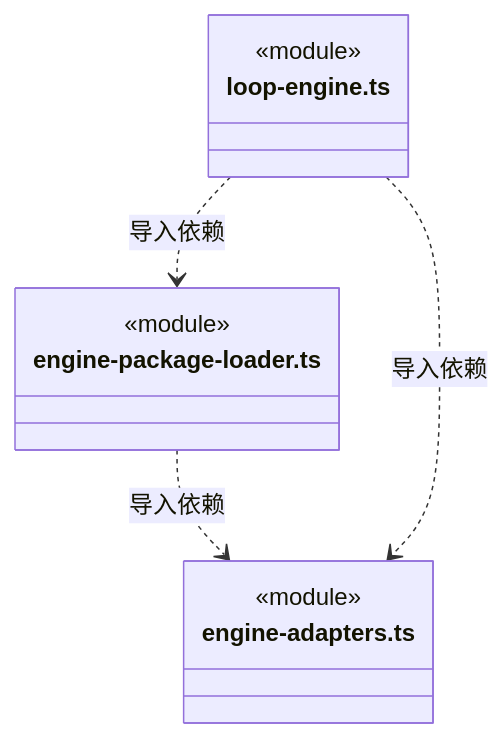
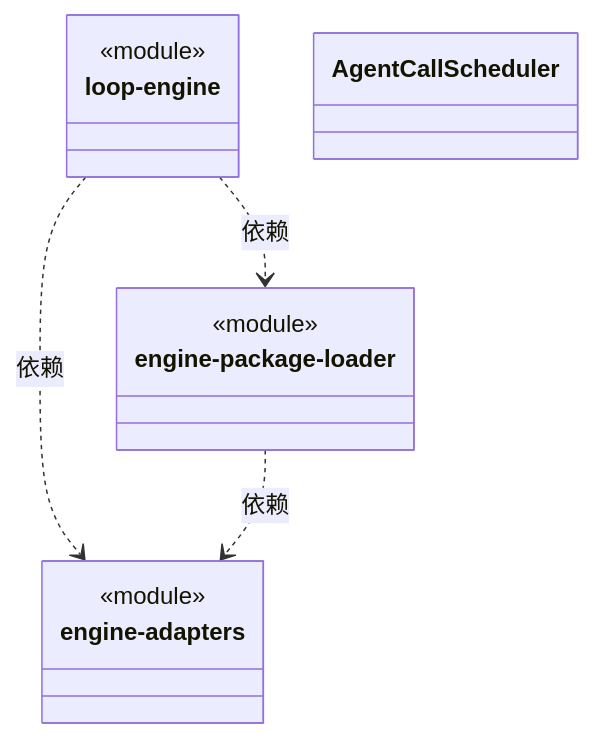
The diagram in src/logic/execution/assembly/ARCHITECTURE.md (nan023062/cbim), drawn with Mermaid before and after one commit. The commit also changed other lines of this file and 158 other files, not shown here.

Commit message:
docs: model architecture through nested virtual encapsulations

````diff
--- a/src/logic/execution/assembly/ARCHITECTURE.md
+++ b/src/logic/execution/assembly/ARCHITECTURE.md
@@ -349,15 +22,20 @@
 ```mermaid
 classDiagram
-class N_src_logic_execution_assembly_engine_package_loader_ts["engine-package-loader.ts"] {
+class N_4d977a120960["engine-adapters"] {
   <<module>>
 }
-class N_src_logic_execution_assembly_engine_adapters_ts["engine-adapters.ts"] {
+click N_4d977a120960 href "engine-adapters.ts"
+class N_f02cc0daa5c9["loop-engine"] {
   <<module>>
 }
-class N_src_logic_execution_assembly_loop_engine_ts["loop-engine.ts"] {
+click N_f02cc0daa5c9 href "loop-engine.ts"
+class N_722ebd7665c8["engine-package-loader"] {
   <<module>>
 }
-N_src_logic_execution_assembly_engine_package_loader_ts ..> N_src_logic_execution_assembly_engine_adapters_ts : 导入依赖
-N_src_logic_execution_assembly_loop_engine_ts ..> N_src_logic_execution_assembly_engine_adapters_ts : 导入依赖
-N_src_logic_execution_assembly_loop_engine_ts ..> N_src_logic_execution_assembly_engine_package_loader_ts : 导入依赖
+click N_722ebd7665c8 href "engine-package-loader.ts"
+class N_4ef4a90a9387["AgentCallScheduler"]
+click N_4ef4a90a9387 href "agent-call-scheduler.ts"
+N_f02cc0daa5c9 ..> N_722ebd7665c8 : 依赖
+N_f02cc0daa5c9 ..> N_4d977a120960 : 依赖
+N_722ebd7665c8 ..> N_4d977a120960 : 依赖
 ```
````
